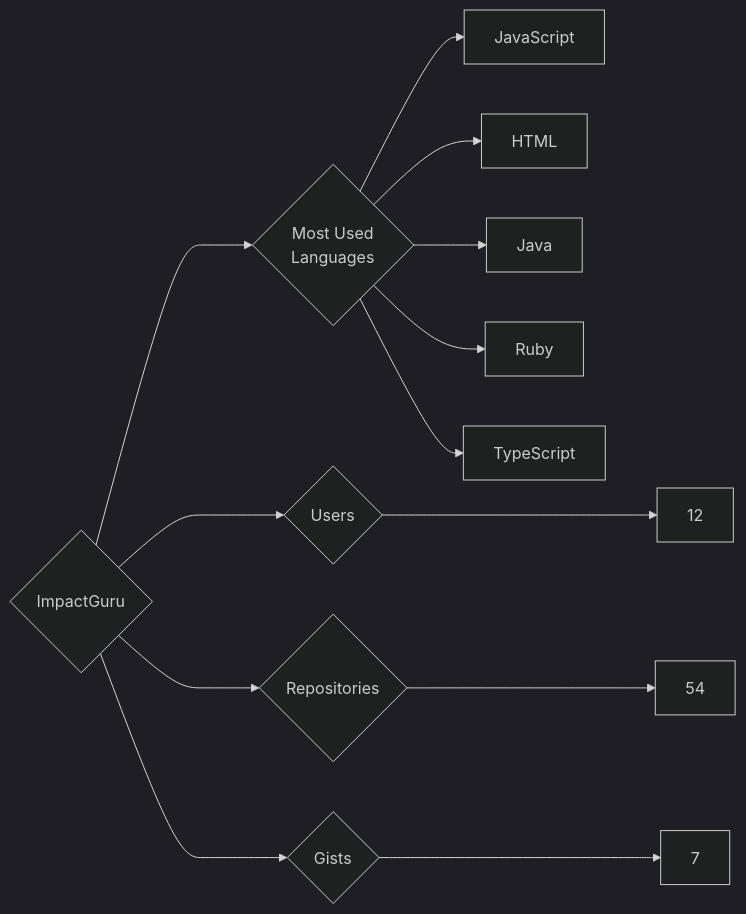
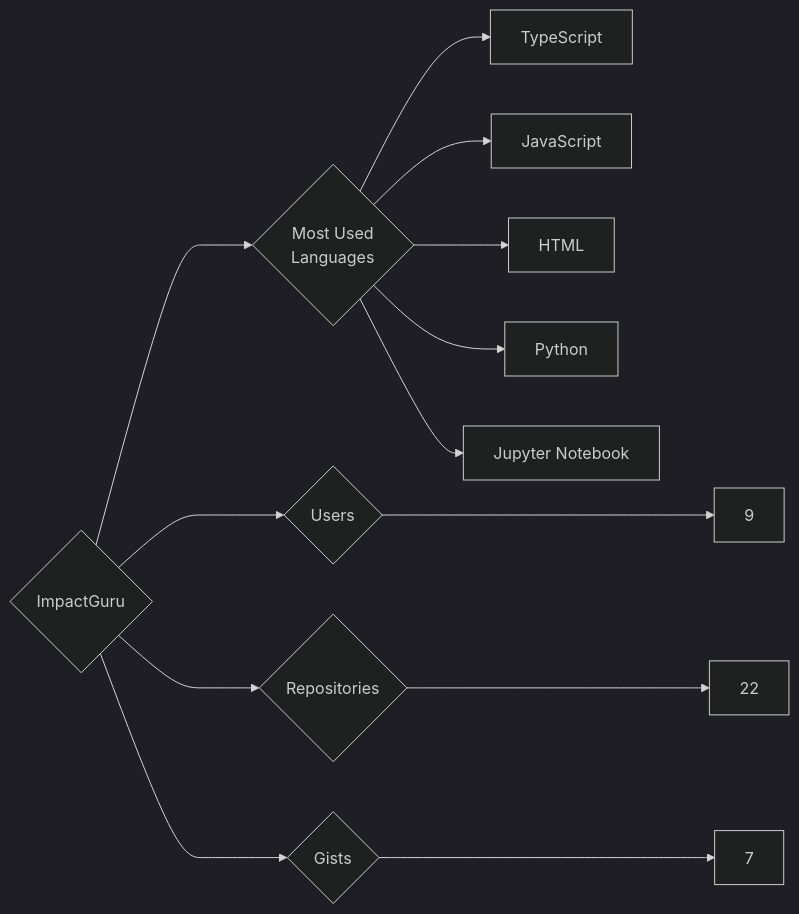
One commit to trickest/insiders changed the diagram in targets/ImpactGuru/README.md. Above: the diagram before and after it, drawn with Mermaid (dark theme). The commit also changed 814 other files, not shown here.

````diff
--- a/targets/ImpactGuru/README.md
+++ b/targets/ImpactGuru/README.md
@@ -3,13 +3,13 @@
 ```mermaid
 graph LR
 COMPANY_NAME{ImpactGuru}
-COMPANY_NAME ---> U{Users} ---> UN[12]
-COMPANY_NAME ---> R{Repositories} ---> RN[54]
+COMPANY_NAME ---> U{Users} ---> UN[9]
+COMPANY_NAME ---> R{Repositories} ---> RN[22]
 COMPANY_NAME ---> G{Gists} ---> GN[7]
 COMPANY_NAME ---> ML{Most Used<br>Languages}
+ML --> TypeScript[TypeScript]
 ML --> JavaScript[JavaScript]
 ML --> HTML[HTML]
-ML --> Java[Java]
-ML --> Ruby[Ruby]
-ML --> TypeScript[TypeScript]
+ML --> Python[Python]
+ML --> Jupyter_Notebook[Jupyter Notebook]
 ```
````
